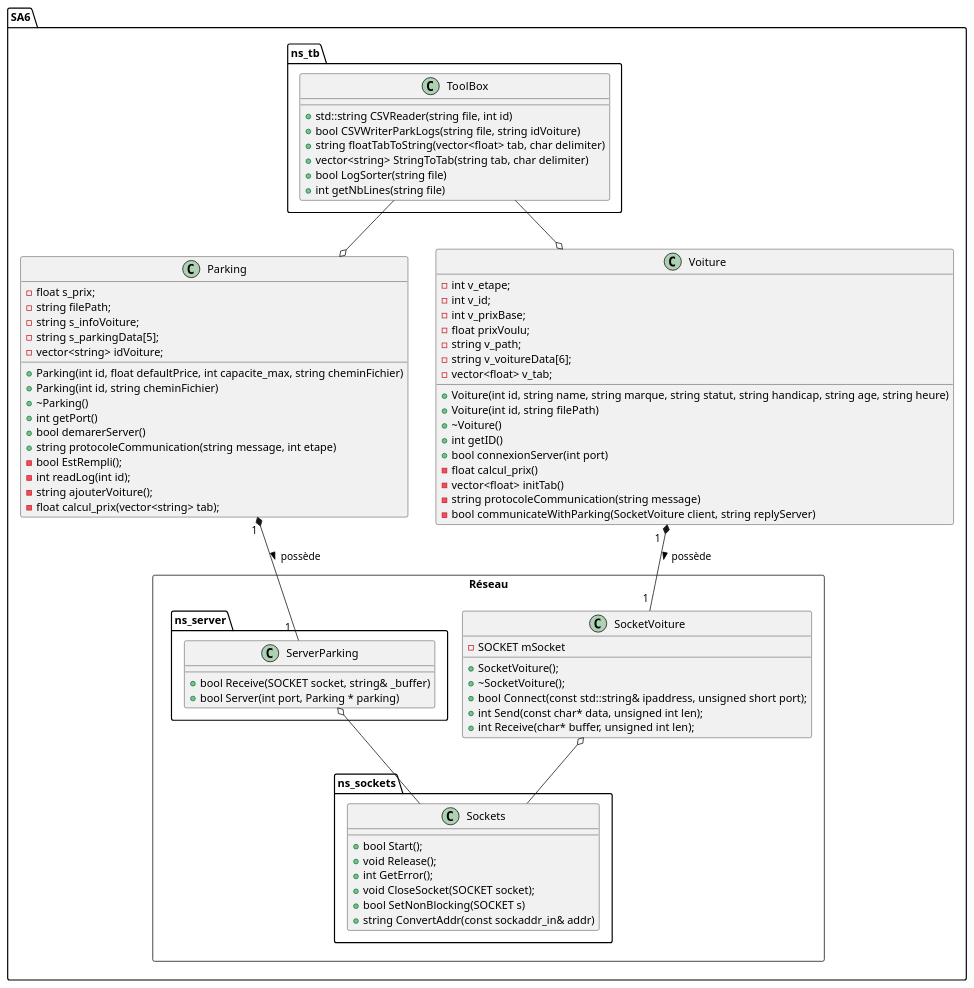
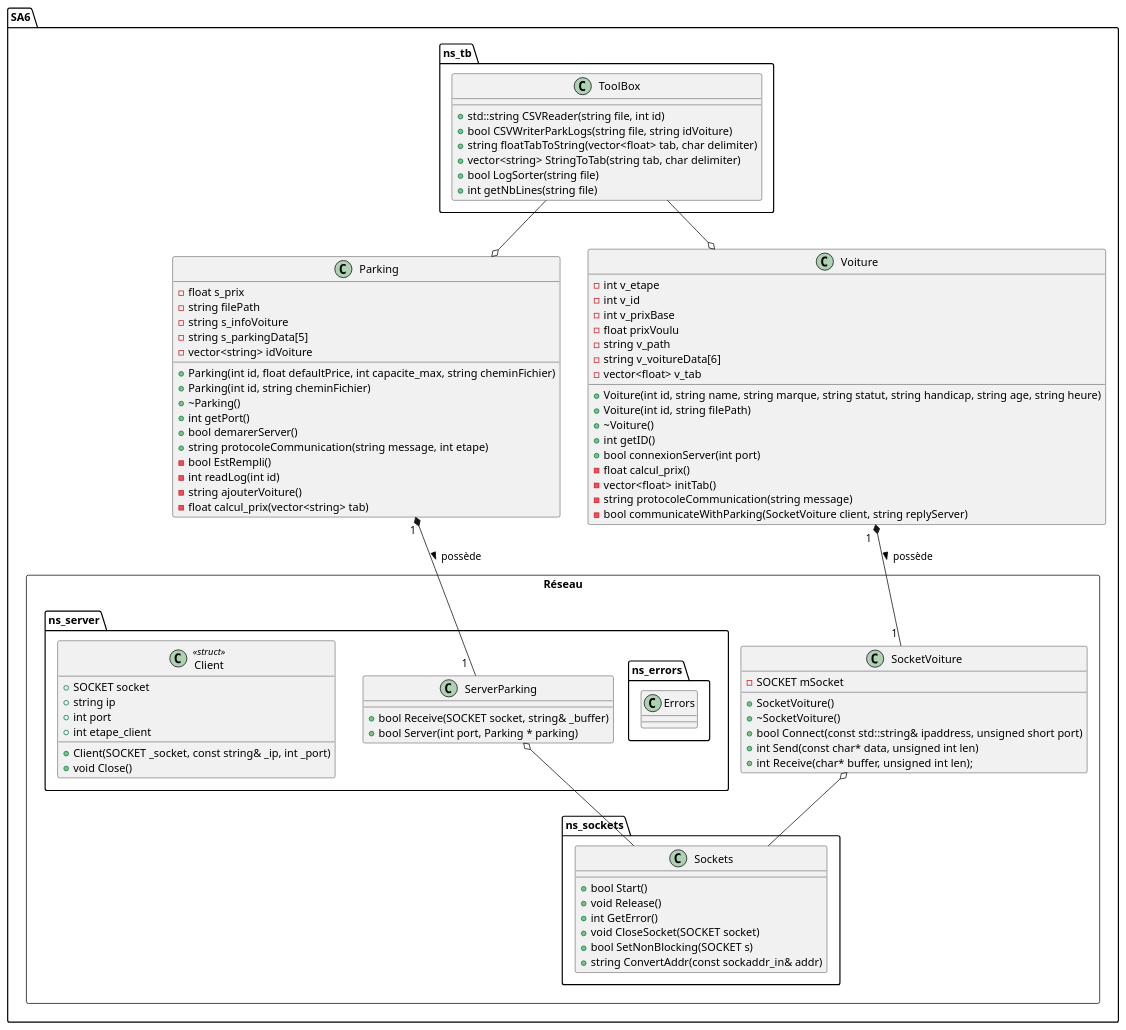
Before and after one commit to KevinFroissart/SA6_CarPark_AI: the diagram in SA6/doc/uml.plantuml, drawn with PlantUML. The commit also changed 574 other files, not shown here.

Commit message:
LaTeX deleted, doc undocummented elements added, update doxyfile, update uml, update ns_server

```diff
--- a/SA6/doc/uml.plantuml
+++ b/SA6/doc/uml.plantuml
@@ -1,99 +1,115 @@
 @startuml SA6_uml
 
 package SA6 {
 
     package ns_tb {
         class ToolBox {
             + std::string CSVReader(string file, int id)
             + bool CSVWriterParkLogs(string file, string idVoiture)
             + string floatTabToString(vector<float> tab, char delimiter)
             + vector<string> StringToTab(string tab, char delimiter)
             + bool LogSorter(string file)
             + int getNbLines(string file)
         }
     }
     
     class Parking {
-        - float s_prix;
-        - string filePath;
-        - string s_infoVoiture;
-        - string s_parkingData[5];
-        - vector<string> idVoiture;
+        - float s_prix
+        - string filePath
+        - string s_infoVoiture
+        - string s_parkingData[5]
+        - vector<string> idVoiture
 
         + Parking(int id, float defaultPrice, int capacite_max, string cheminFichier)
         + Parking(int id, string cheminFichier)
         + ~Parking()
         + int getPort()
         + bool demarerServer()
         + string protocoleCommunication(string message, int etape)
-        - bool EstRempli();
-        - int readLog(int id);
-        - string ajouterVoiture();
-        - float calcul_prix(vector<string> tab);
+        - bool EstRempli()
+        - int readLog(int id)
+        - string ajouterVoiture()
+        - float calcul_prix(vector<string> tab)
     }
 
     Class Voiture {
-        - int v_etape;
-        - int v_id;
-        - int v_prixBase;
-        - float prixVoulu;
-        - string v_path;
-        - string v_voitureData[6];
-        - vector<float> v_tab;
-        
+        - int v_etape
+        - int v_id
+        - int v_prixBase
+        - float prixVoulu
+        - string v_path
+        - string v_voitureData[6]
+        - vector<float> v_tab
+
         + Voiture(int id, string name, string marque, string statut, string handicap, string age, string heure)
         + Voiture(int id, string filePath)
         + ~Voiture()
         + int getID()
         + bool connexionServer(int port)
         - float calcul_prix()
         - vector<float> initTab()
         - string protocoleCommunication(string message)
         - bool communicateWithParking(SocketVoiture client, string replyServer)
     }
 
     package Réseau <<Rectangle>> {
 
         package ns_server {
             Class ServerParking {
                 + bool Receive(SOCKET socket, string& _buffer)
                 + bool Server(int port, Parking * parking)
             }
+
+            package ns_errors {
+                Class Errors {
+
+                }
+            }
+
+            Class Client << struct >> {
+                + SOCKET socket
+	            + string ip
+	            + int port
+	            + int etape_client
+
+	            + Client(SOCKET _socket, const string& _ip, int _port)
+                + void Close()
+            }
         }
 
         Class SocketVoiture {
             - SOCKET mSocket
 
-            + SocketVoiture();
-            + ~SocketVoiture();
-            + bool Connect(const std::string& ipaddress, unsigned short port);
-            + int Send(const char* data, unsigned int len);
-            + int Receive(char* buffer, unsigned int len);		
+            + SocketVoiture()
+            + ~SocketVoiture()
+            + bool Connect(const std::string& ipaddress, unsigned short port)
+            + int Send(const char* data, unsigned int len)
+            + int Receive(char* buffer, unsigned int len);	
         }
 
         package ns_sockets{
 
             Class Sockets {
 
-                + bool Start();
-                + void Release();
-                + int GetError();
-                + void CloseSocket(SOCKET socket);
+                + bool Start()
+                + void Release()
+                + int GetError()
+                + void CloseSocket(SOCKET socket)
                 + bool SetNonBlocking(SOCKET s)
                 + string ConvertAddr(const sockaddr_in& addr)    
             }
         }
     }
 }
 
 ToolBox --o Voiture
 ToolBox --o Parking
 
 Parking "1 " *-- "1  " ServerParking : > possède
 Voiture "1  " *-- "1 " SocketVoiture : possède >
 
 SocketVoiture o-- Sockets
 ServerParking o-- Sockets
 
 
 @enduml
```
